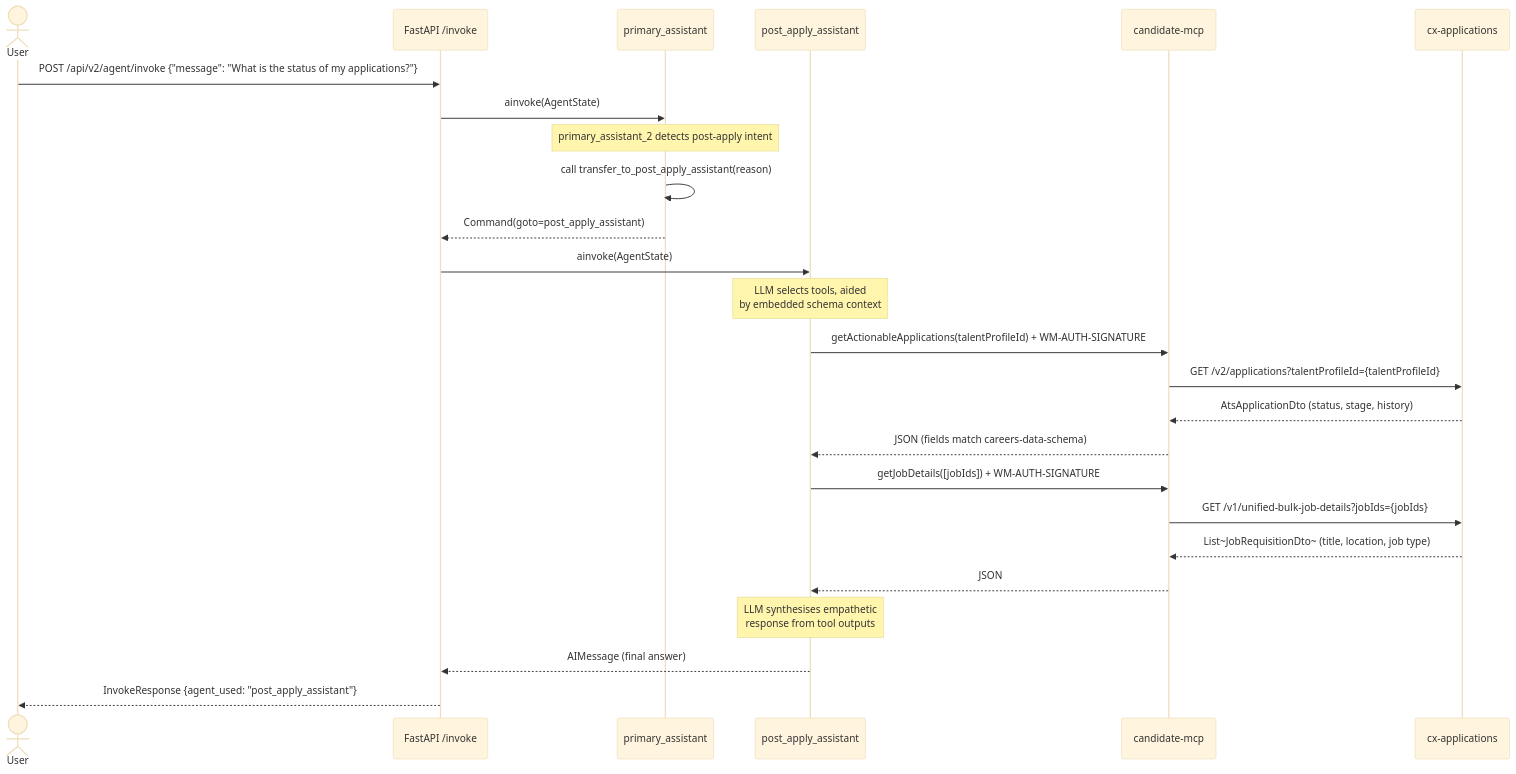
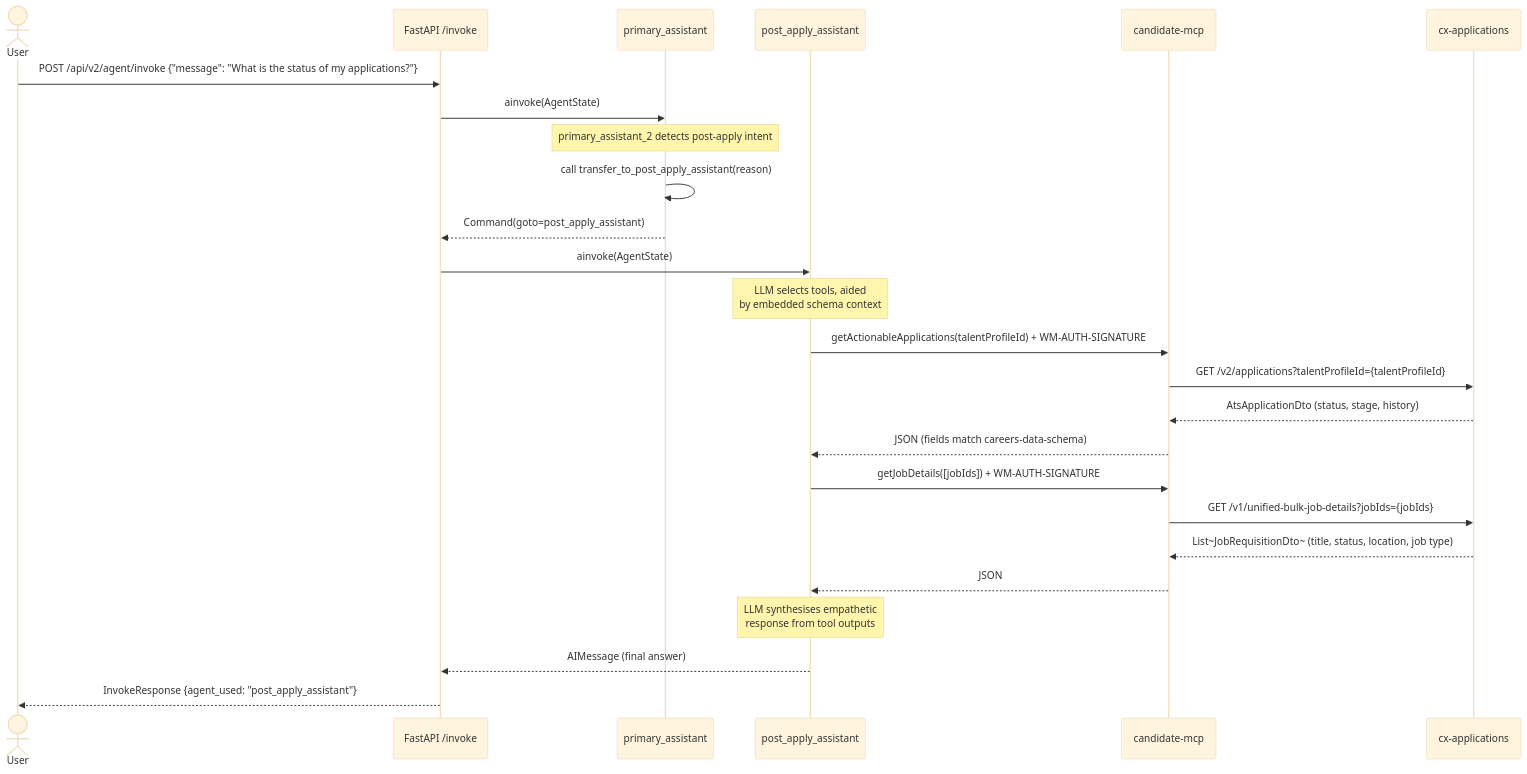
Diagram 15 of 32 in LLD_POST_APPLY_ASSISTANT.md (venkat-raman17/candidate-agent), drawn with Mermaid (base theme) before and after one commit. The commit also changed other lines of this file, not shown here.

First line of the commit message:
fix: update job details in post-apply assistant documentation

````diff
--- a/LLD_POST_APPLY_ASSISTANT.md
+++ b/LLD_POST_APPLY_ASSISTANT.md
@@ -940,33 +940,33 @@
 ```mermaid
 sequenceDiagram
     actor User
     participant API as FastAPI /invoke
     participant PA as primary_assistant
     participant PAA as post_apply_assistant
     participant CMCP as candidate-mcp
     participant CXA as cx-applications
 
     User->>API: POST /api/v2/agent/invoke {"message": "What is the status of my applications?"}
     API->>PA: ainvoke(AgentState)
 
     note over PA: primary_assistant_2 detects post-apply intent
     PA->>PA: call transfer_to_post_apply_assistant(reason)
     PA-->>API: Command(goto=post_apply_assistant)
 
     API->>PAA: ainvoke(AgentState)
     note over PAA: LLM selects tools, aided<br/>by embedded schema context
 
     PAA->>CMCP: getActionableApplications(talentProfileId) + WM-AUTH-SIGNATURE
     CMCP->>CXA: GET /v2/applications?talentProfileId={talentProfileId}
     CXA-->>CMCP: AtsApplicationDto (status, stage, history)
     CMCP-->>PAA: JSON  (fields match careers-data-schema)
 
     PAA->>CMCP: getJobDetails([jobIds]) + WM-AUTH-SIGNATURE
     CMCP->>CXA: GET /v1/unified-bulk-job-details?jobIds={jobIds}
-    CXA-->>CMCP: List~JobRequisitionDto~ (title, location, job type)
+    CXA-->>CMCP: List~JobRequisitionDto~ (title, status, location, job type)
     CMCP-->>PAA: JSON
 
     note over PAA: LLM synthesises empathetic<br/>response from tool outputs
     PAA-->>API: AIMessage (final answer)
     API-->>User: InvokeResponse {agent_used: "post_apply_assistant"}
 ```
````
